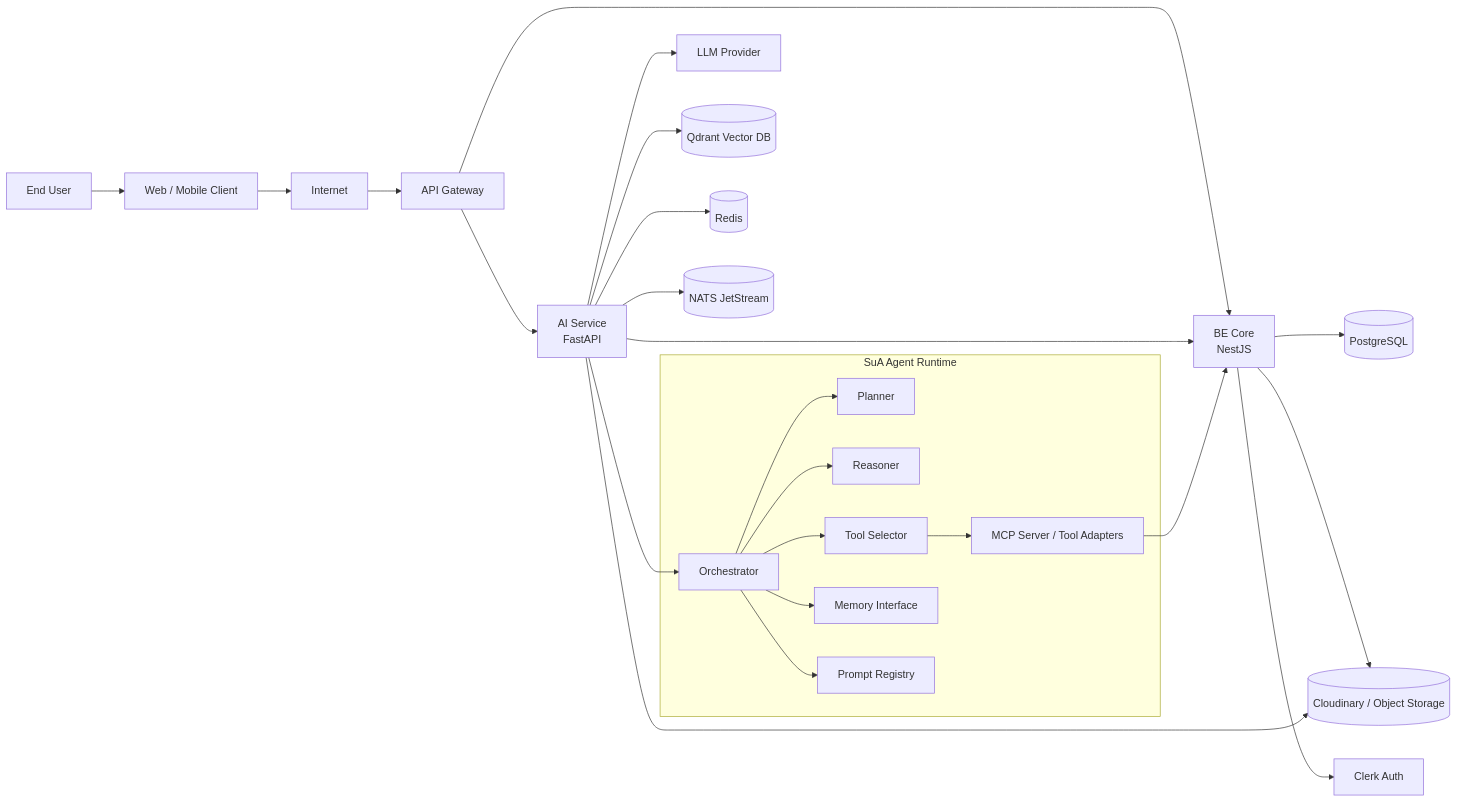
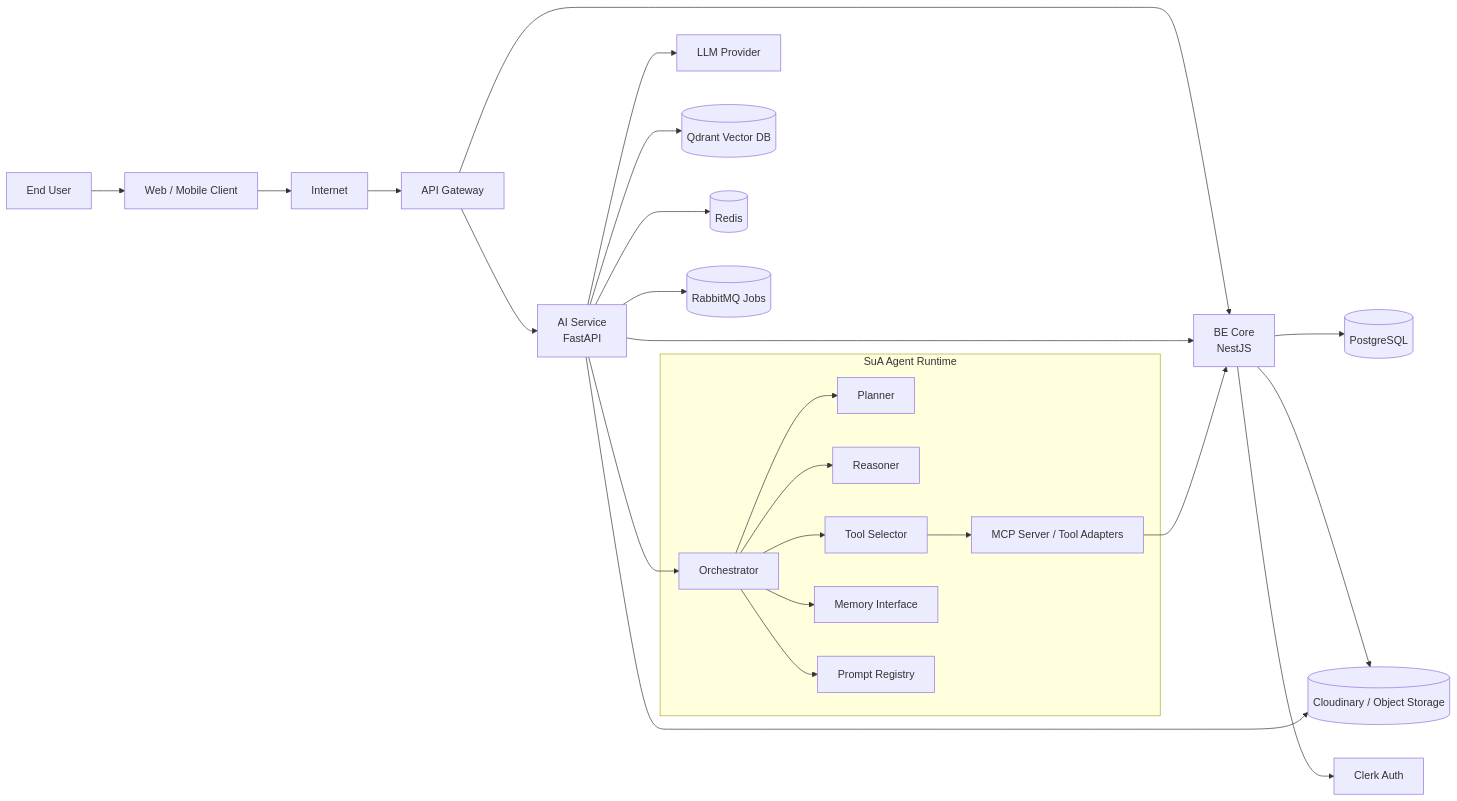
Before and after one commit to Tanh1603/EdTech: the first of 5 diagrams in docs/system-architechture.md, drawn with Mermaid. The commit also changed other lines of this file and 58 other files, not shown here.

````diff
--- a/docs/system-architechture.md
+++ b/docs/system-architechture.md
@@ -32,39 +33,39 @@
 ```mermaid
 flowchart LR
   USER[End User] --> CLIENT[Web / Mobile Client]
   CLIENT --> INTERNET[Internet]
   INTERNET --> GW[API Gateway]
 
   GW --> BE[BE Core<br/>NestJS]
   GW --> AIS[AI Service<br/>FastAPI]
 
   BE --> PG[(PostgreSQL)]
   BE --> STORAGE[(Cloudinary / Object Storage)]
   BE --> CLERK[Clerk Auth]
 
   AIS --> LLM[LLM Provider]
   AIS --> VDB[(Qdrant Vector DB)]
   AIS --> CACHE[(Redis)]
-  AIS --> NATS[(NATS JetStream)]
+  AIS --> RABBIT[(RabbitMQ Jobs)]
   AIS --> BE
   AIS --> STORAGE
 
   subgraph AI_RUNTIME[SuA Agent Runtime]
     ORCH[Orchestrator]
     PLAN[Planner]
     REASON[Reasoner]
     TOOLSEL[Tool Selector]
     MCP[MCP Server / Tool Adapters]
     MEMORY[Memory Interface]
     PROMPT[Prompt Registry]
   end
 
   AIS --> ORCH
   ORCH --> PLAN
   ORCH --> REASON
   ORCH --> TOOLSEL
   TOOLSEL --> MCP
   ORCH --> MEMORY
   ORCH --> PROMPT
   MCP --> BE
 ```
````
